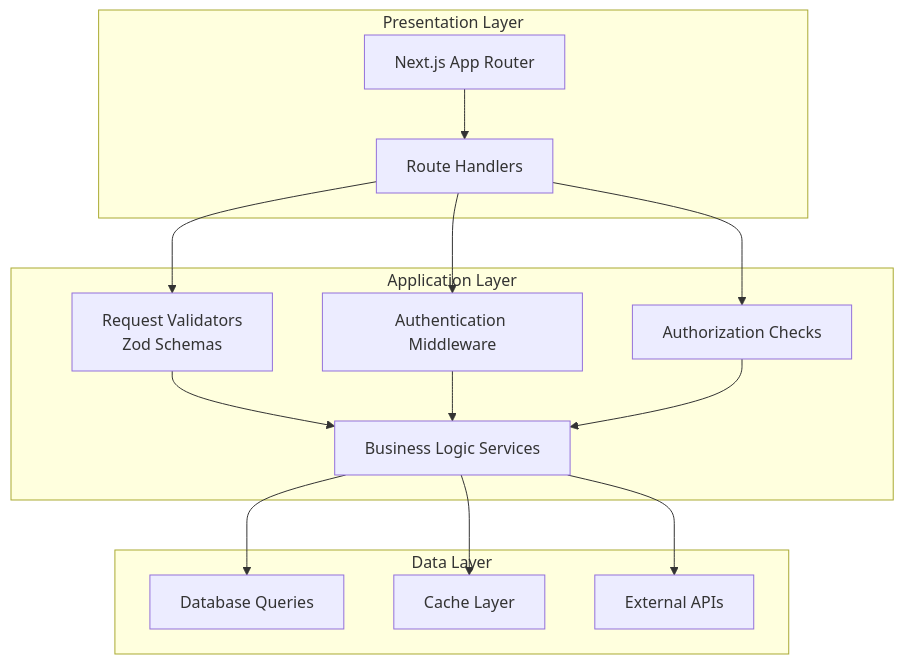
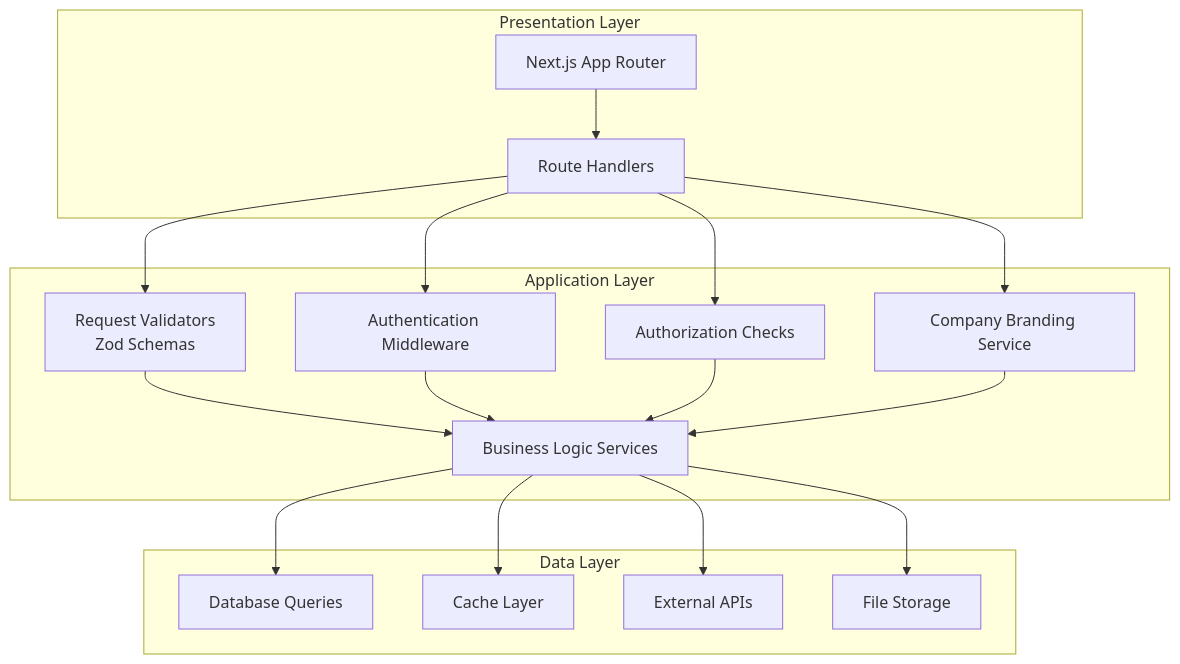
Before and after one commit to EdwinCycling/LiquidHR: the third of 8 diagrams in .qoder/repowiki/en/content/Architecture Overview/Backend Architecture/API Routes Architecture.md, drawn with Mermaid. The commit also changed other lines of this file and 73 other files, not shown here.

````diff
--- a/.qoder/repowiki/en/content/Architecture Overview/Backend Architecture/API Routes Architecture.md
+++ b/.qoder/repowiki/en/content/Architecture Overview/Backend Architecture/API Routes Architecture.md
@@ -142,28 +162,33 @@
 ```mermaid
 graph TD
 subgraph "Presentation Layer"
 A["Next.js App Router"]
 B["Route Handlers"]
 end
 subgraph "Application Layer"
 C["Request Validators<br/>Zod Schemas"]
 D["Business Logic Services"]
 E["Authentication Middleware"]
 F["Authorization Checks"]
+G["Company Branding Service"]
 end
 subgraph "Data Layer"
-G["Database Queries"]
-H["Cache Layer"]
-I["External APIs"]
+H["Database Queries"]
+I["Cache Layer"]
+J["External APIs"]
+K["File Storage"]
 end
 A --> B
 B --> C
 B --> E
 B --> F
+B --> G
 C --> D
 E --> D
 F --> D
-D --> G
+G --> D
 D --> H
 D --> I
+D --> J
+D --> K
 ```
````
